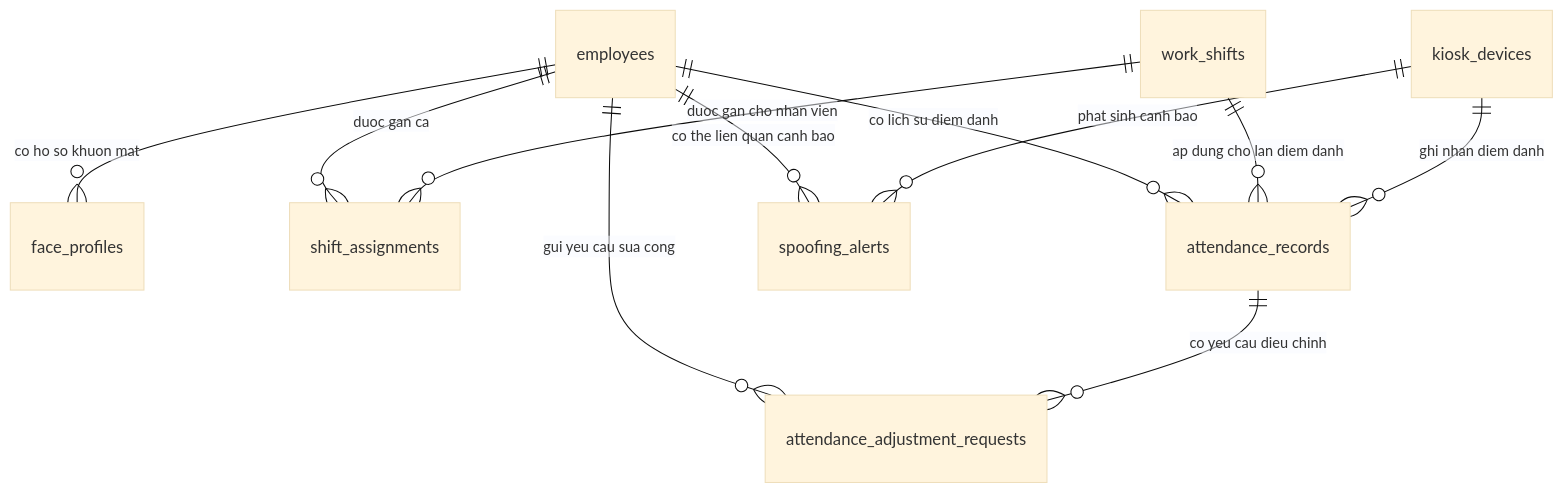
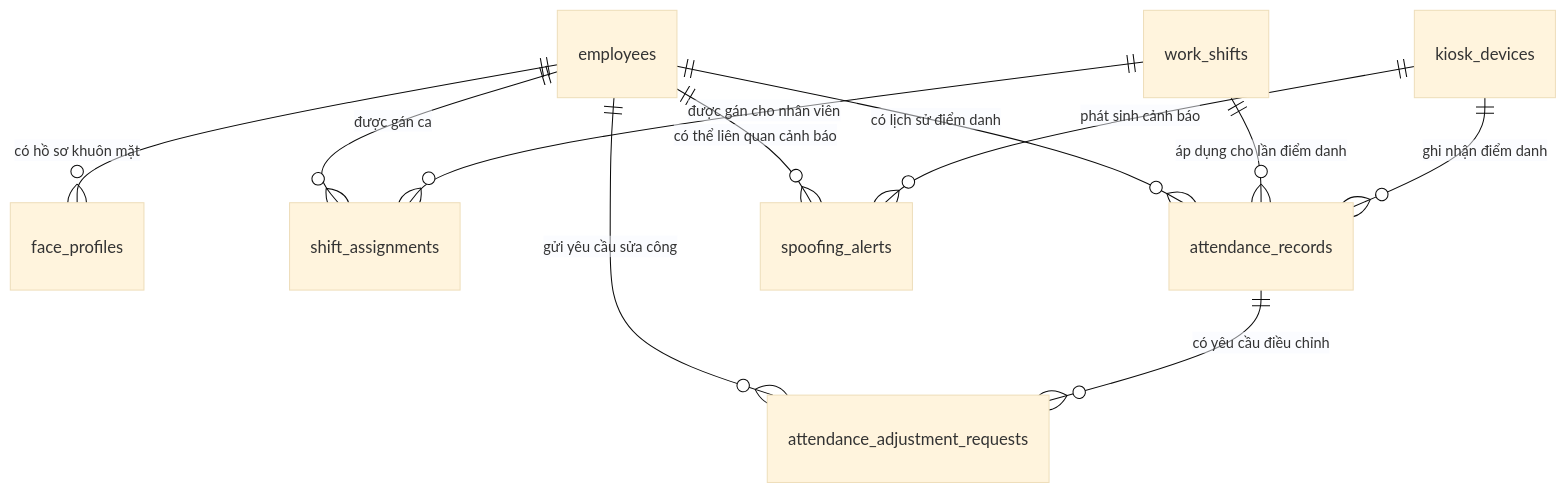
The diagram in database/supabase/SCHEMA_RELATIONSHIPS.md (phuc123asd/conv-facenet-demo), drawn with Mermaid (base theme) before and after one commit. The commit also changed other lines of this file and 1 other file, not shown here.

````diff
--- a/database/supabase/SCHEMA_RELATIONSHIPS.md
+++ b/database/supabase/SCHEMA_RELATIONSHIPS.md
@@ -7,16 +7,16 @@
 ```mermaid
 erDiagram
-  employees ||--o{ face_profiles : "co ho so khuon mat"
-  employees ||--o{ shift_assignments : "duoc gan ca"
-  employees ||--o{ attendance_records : "co lich su diem danh"
-  employees ||--o{ attendance_adjustment_requests : "gui yeu cau sua cong"
-  employees ||--o{ spoofing_alerts : "co the lien quan canh bao"
+  employees ||--o{ face_profiles : "có hồ sơ khuôn mặt"
+  employees ||--o{ shift_assignments : "được gán ca"
+  employees ||--o{ attendance_records : "có lịch sử điểm danh"
+  employees ||--o{ attendance_adjustment_requests : "gửi yêu cầu sửa công"
+  employees ||--o{ spoofing_alerts : "có thể liên quan cảnh báo"
 
-  work_shifts ||--o{ shift_assignments : "duoc gan cho nhan vien"
-  work_shifts ||--o{ attendance_records : "ap dung cho lan diem danh"
+  work_shifts ||--o{ shift_assignments : "được gán cho nhân viên"
+  work_shifts ||--o{ attendance_records : "áp dụng cho lần điểm danh"
 
-  kiosk_devices ||--o{ attendance_records : "ghi nhan diem danh"
-  kiosk_devices ||--o{ spoofing_alerts : "phat sinh canh bao"
+  kiosk_devices ||--o{ attendance_records : "ghi nhận điểm danh"
+  kiosk_devices ||--o{ spoofing_alerts : "phát sinh cảnh báo"
 
-  attendance_records ||--o{ attendance_adjustment_requests : "co yeu cau dieu chinh"
+  attendance_records ||--o{ attendance_adjustment_requests : "có yêu cầu điều chỉnh"
 ```
````
